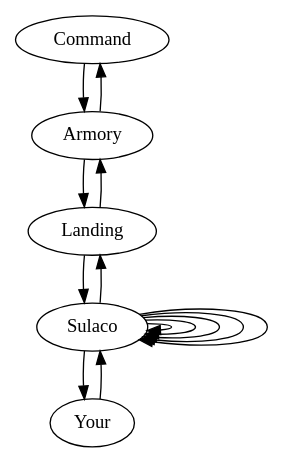
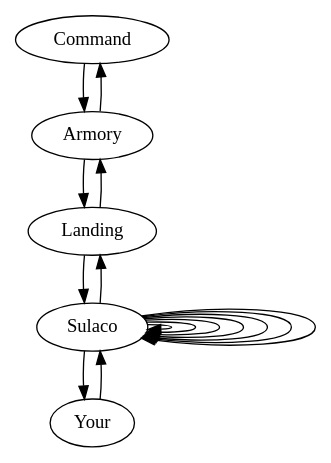
Before and after one commit to Ophois47/dave: the diagram in dave_land_map/map.gv, drawn with Graphviz. The commit also changed 8 other files, not shown here.

```diff
--- a/dave_land_map/map.gv
+++ b/dave_land_map/map.gv
@@ -1,15 +1,17 @@
 digraph map {
 	Command -> Armory
 	Armory -> Command
 	Armory -> Landing
 	Landing -> Armory
 	Landing -> Sulaco
 	Sulaco -> Landing
 	Sulaco -> Sulaco
 	Sulaco -> Sulaco
 	Sulaco -> Sulaco
+	Sulaco -> Sulaco
+	Sulaco -> Sulaco
 	Sulaco -> Your
 	Your -> Sulaco
 	Sulaco -> Sulaco
 	Sulaco -> Sulaco
 }
```
